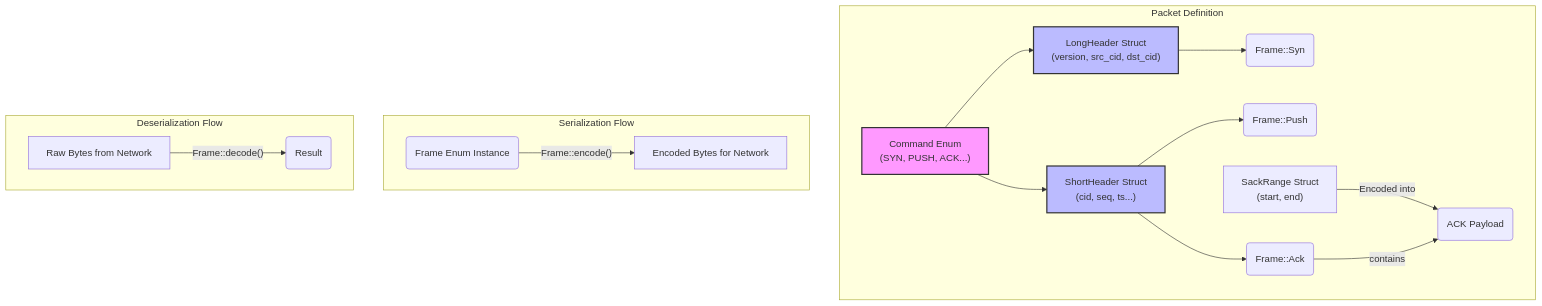
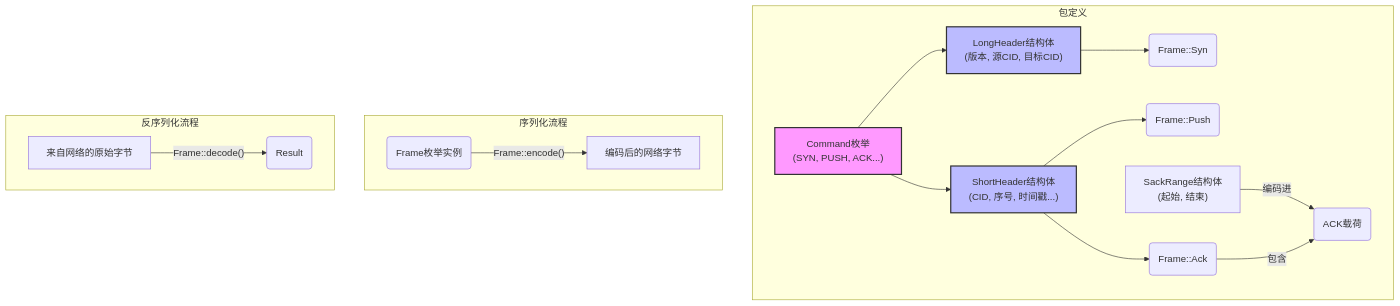
Before and after one commit to ShaoG-R/kestrel-protocol: the diagram in docs/src/dev-docs/components/packet.md, drawn with Mermaid. The commit also changed 4 other files, not shown here.

````diff
--- a/docs/src/dev-docs/components/packet.md
+++ b/docs/src/dev-docs/components/packet.md
@@ -39,30 +39,30 @@
 ```mermaid
 graph TD
-    subgraph "Packet Definition"
-        C["Command Enum<br>(SYN, PUSH, ACK...)"]
-        LH["LongHeader Struct<br>(version, src_cid, dst_cid)"]
-        SH["ShortHeader Struct<br>(cid, seq, ts...)"]
-        SR["SackRange Struct<br>(start, end)"]
+    subgraph "包定义"
+        C["Command枚举<br>(SYN, PUSH, ACK...)"]
+        LH["LongHeader结构体<br>(版本, 源CID, 目标CID)"]
+        SH["ShortHeader结构体<br>(CID, 序号, 时间戳...)"]
+        SR["SackRange结构体<br>(起始, 结束)"]
 
         C --> LH
         C --> SH
 
         LH --> F_SYN(Frame::Syn)
         SH --> F_PUSH(Frame::Push)
         SH --> F_ACK(Frame::Ack)
-        SR -- "Encoded into" --> F_ACK_Payload(ACK Payload)
-        F_ACK -- "contains" --> F_ACK_Payload
+        SR -- "编码进" --> F_ACK_Payload("ACK载荷")
+        F_ACK -- "包含" --> F_ACK_Payload
     end
 
-    subgraph "Serialization Flow"
-        User_Frame(Frame Enum Instance) -- "Frame::encode()" --> Encoded_Bytes[Encoded Bytes for Network]
+    subgraph "序列化流程"
+        User_Frame("Frame枚举实例") -- "Frame::encode()" --> Encoded_Bytes["编码后的网络字节"]
     end
 
-    subgraph "Deserialization Flow"
-        Raw_Bytes[Raw Bytes from Network] -- "Frame::decode()" --> Decoded_Frame(Result<Frame, Error>)
+    subgraph "反序列化流程"
+        Raw_Bytes["来自网络的原始字节"] -- "Frame::decode()" --> Decoded_Frame("Result<Frame, Error>")
     end
 
     style C fill:#f9f,stroke:#333,stroke-width:2px
     style LH fill:#bbf,stroke:#333,stroke-width:2px
     style SH fill:#bbf,stroke:#333,stroke-width:2px
 ```
````
